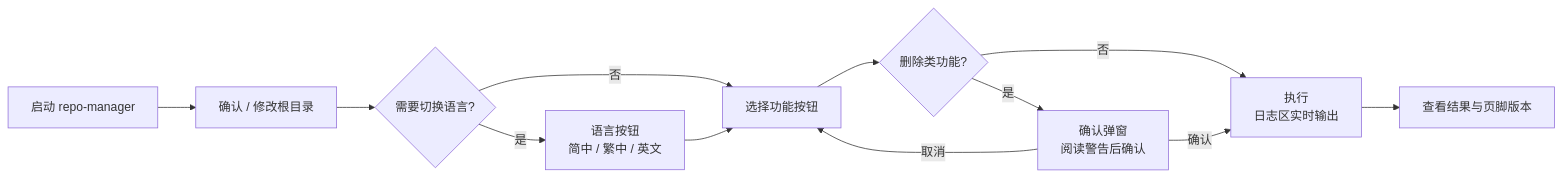
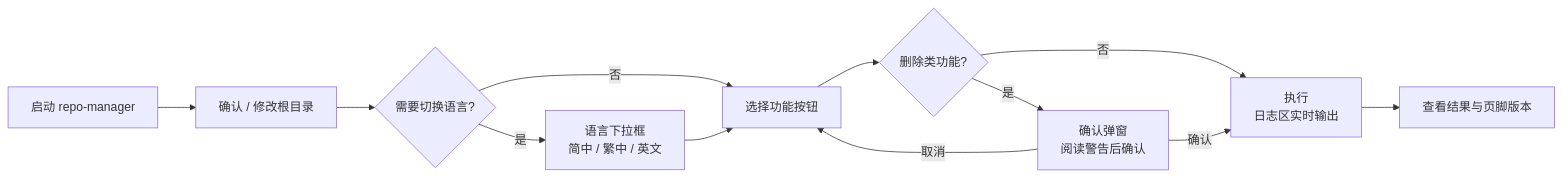
One commit to sutchan/RepoManager changed the first of 2 diagrams in docs/USER-GUIDE.md. Above: the diagram before and after it, drawn with Mermaid. The commit also changed other lines of this file and 11 other files, not shown here.

````diff
--- a/docs/USER-GUIDE.md
+++ b/docs/USER-GUIDE.md
@@ -52,14 +53,14 @@
 ```mermaid
 flowchart LR
     A[启动 repo-manager] --> B[确认 / 修改根目录]
     B --> C{需要切换语言?}
-    C -->|是| D[语言按钮<br/>简中 / 繁中 / 英文]
+    C -->|是| D[语言下拉框<br/>简中 / 繁中 / 英文]
     C -->|否| E[选择功能按钮]
     D --> E
     E --> F{删除类功能?}
     F -->|是| G[确认弹窗<br/>阅读警告后确认]
     F -->|否| H[执行<br/>日志区实时输出]
     G -->|取消| E
     G -->|确认| H
     H --> I[查看结果与页脚版本]
 ```
````
